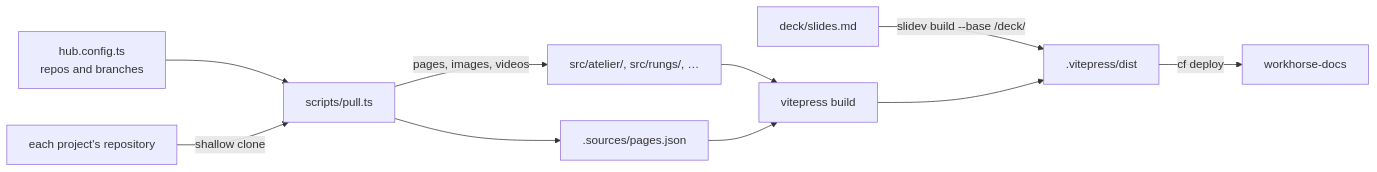
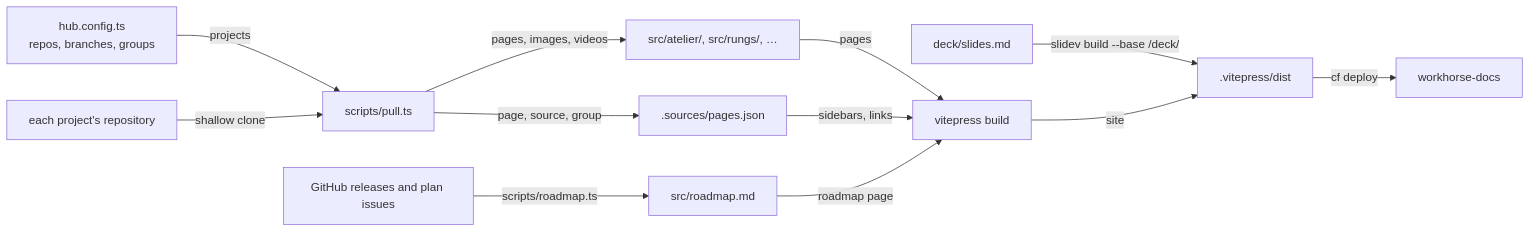
Before and after one commit to wrkhse/workhorse: the diagram in site/README.md, drawn with Mermaid. The commit also changed other lines of this file and 14 other files, not shown here.

Commit message:
docs(hub): group project sections and generate the roadmap (#53)

````diff
--- a/site/README.md
+++ b/site/README.md
@@ -13,12 +18,14 @@
 ```mermaid
 flowchart LR
-    Config["hub.config.ts<br/>repos and branches"] --> Pull["scripts/pull.ts"]
+    Config["hub.config.ts<br/>repos, branches, groups"] -- "projects" --> Pull["scripts/pull.ts"]
     Repos["each project's repository"] -- "shallow clone" --> Pull
     Pull -- "pages, images, videos" --> Src["src/atelier/, src/rungs/, …"]
-    Pull --> Manifest[".sources/pages.json"]
-    Src --> VitePress["vitepress build"]
-    Manifest --> VitePress
+    Pull -- "page, source, group" --> Manifest[".sources/pages.json"]
+    GitHub["GitHub releases and plan issues"] -- "scripts/roadmap.ts" --> Roadmap["src/roadmap.md"]
+    Src -- "pages" --> VitePress["vitepress build"]
+    Manifest -- "sidebars, links" --> VitePress
+    Roadmap -- "roadmap page" --> VitePress
     Deck["deck/slides.md"] -- "slidev build --base /deck/" --> Dist[".vitepress/dist"]
-    VitePress --> Dist
+    VitePress -- "site" --> Dist
     Dist -- "cf deploy" --> Worker["workhorse-docs"]
 ```
````
